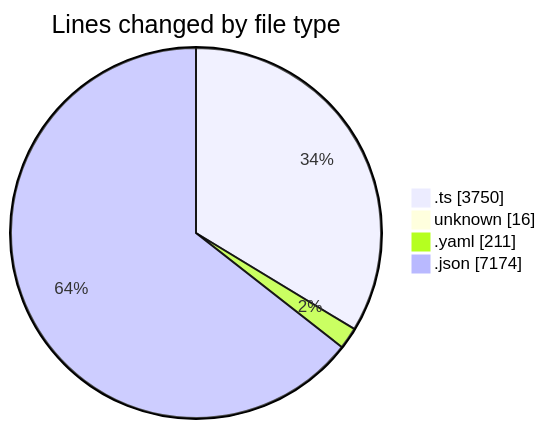
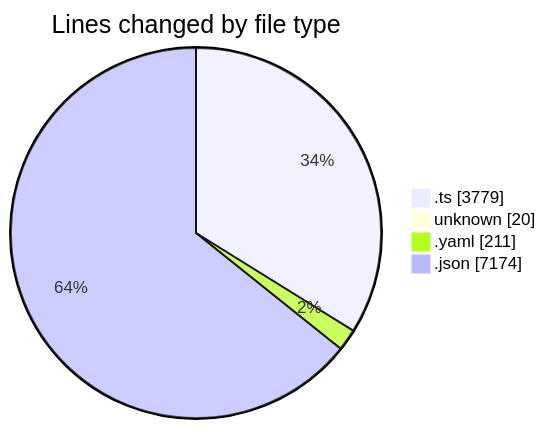
One commit to mevix1/code-tracking changed the first of 2 diagrams in 2025-10-01/oura-api/README.md. Above: the diagram before and after it, drawn with Mermaid. The commit also changed other lines of this file and 1 other file, not shown here.

````diff
--- a/2025-10-01/oura-api/README.md
+++ b/2025-10-01/oura-api/README.md
@@ -52,8 +52,8 @@
 ```mermaid
 pie showData
 title Lines changed by file type
-".ts" : 3750
-"unknown" : 16
+".ts" : 3779
+"unknown" : 20
 ".yaml" : 211
 ".json" : 7174
 ```
````
